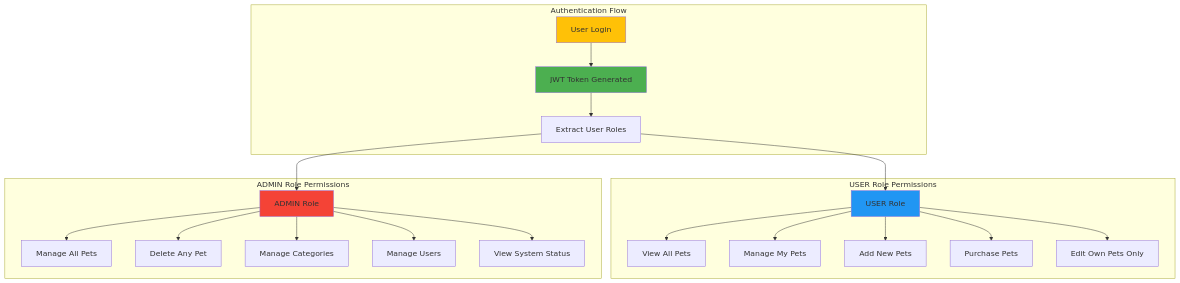
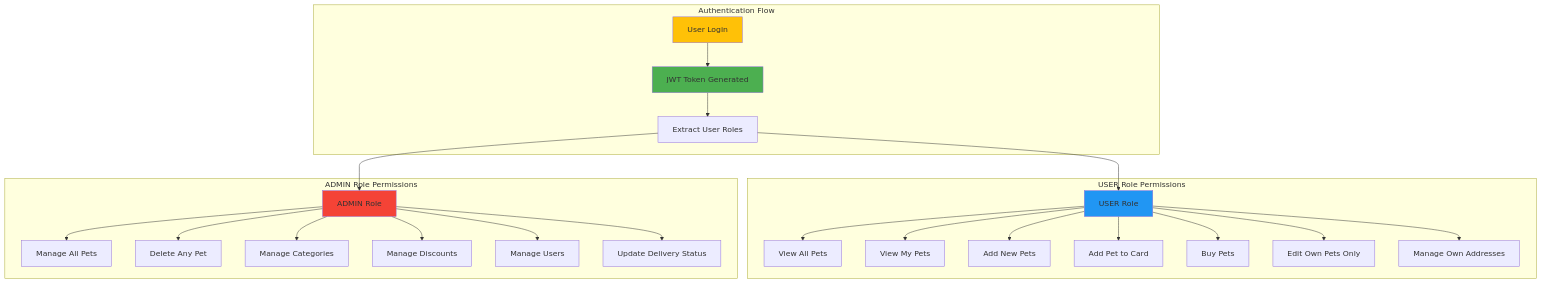
Diagram 14 of 14 in README.md (azlicn/pet-store), drawn with Mermaid before and after one commit. The commit also changed other lines of this file and 59 other files, not shown here.

````diff
--- a/README.md
+++ b/README.md
@@ -714,33 +922,36 @@
 ```mermaid
 graph TD
     subgraph "Authentication Flow"
         Login[User Login] --> JWT[JWT Token Generated]
         JWT --> Roles[Extract User Roles]
     end
     
     subgraph "USER Role Permissions"
         UserRole[USER Role]
         UserRole --> ViewPets[View All Pets]
-        UserRole --> MyPets[Manage My Pets]
+        UserRole --> MyPets[View My Pets]
         UserRole --> AddPet[Add New Pets]
-        UserRole --> BuyPet[Purchase Pets]
+        UserRole --> AddToCart[Add Pet to Card]
+        UserRole --> OrderPet[Buy Pets]
         UserRole --> EditOwn[Edit Own Pets Only]
+        UserRole --> Addresses[Manage Own Addresses]
     end
     
     subgraph "ADMIN Role Permissions"
         AdminRole[ADMIN Role]
         AdminRole --> AllPets[Manage All Pets]
         AdminRole --> DeleteAny[Delete Any Pet]
         AdminRole --> Categories[Manage Categories]
+        AdminRole --> Discounts[Manage Discounts]
         AdminRole --> Users[Manage Users]
-        AdminRole --> SystemStatus[View System Status]
+        AdminRole --> DeliveryStatus[Update Delivery Status]
     end
     
     Roles --> UserRole
     Roles --> AdminRole
     
     style Login fill:#ffc107
     style JWT fill:#4caf50
     style UserRole fill:#2196f3
     style AdminRole fill:#f44336
 ```
````
